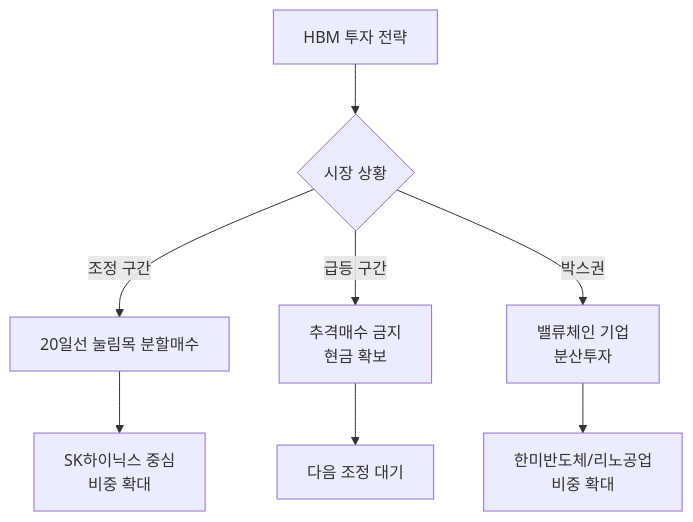
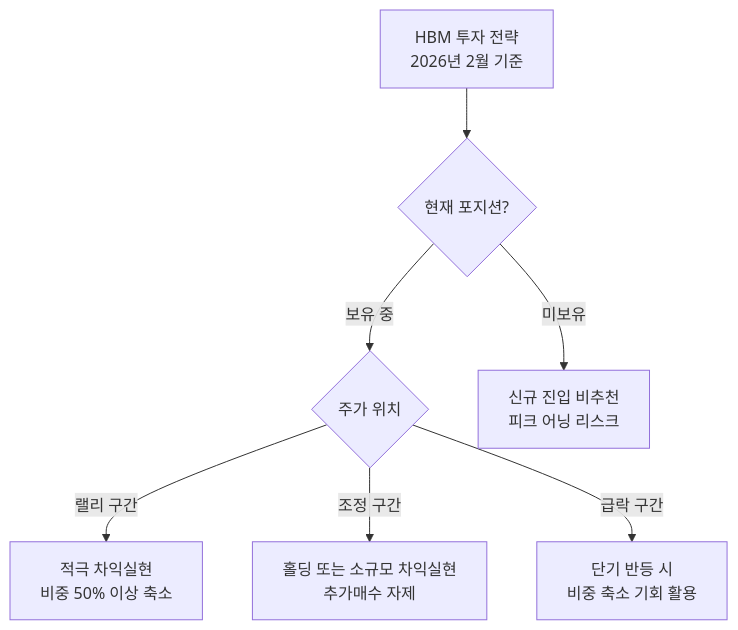
One commit to dss99911/dss99911.github.io changed the second of 2 diagrams in _posts/knowledge/invest/2026-01-21-hbm-sector-outlook-2026.md. Above: the diagram before and after it, drawn with Mermaid. The commit also changed other lines of this file and 16 other files, not shown here.

````diff
--- a/_posts/knowledge/invest/2026-01-21-hbm-sector-outlook-2026.md
+++ b/_posts/knowledge/invest/2026-01-21-hbm-sector-outlook-2026.md
@@ -219,11 +168,10 @@
 ```mermaid
 flowchart TD
-    A[HBM 투자 전략] --> B{시장 상황}
-    B -->|조정 구간| C[20일선 눌림목 분할매수]
-    B -->|급등 구간| D[추격매수 금지<br/>현금 확보]
-    B -->|박스권| E[밸류체인 기업<br/>분산투자]
+    A[HBM 투자 전략<br/>2026년 2월 기준] --> B{현재 포지션?}
+    B -->|보유 중| C{주가 위치}
+    B -->|미보유| D[신규 진입 비추천<br/>피크 어닝 리스크]
 
-    C --> F[SK하이닉스 중심<br/>비중 확대]
-    D --> G[다음 조정 대기]
-    E --> H[한미반도체/리노공업<br/>비중 확대]
+    C -->|랠리 구간| E[적극 차익실현<br/>비중 50% 이상 축소]
+    C -->|조정 구간| F[홀딩 또는 소규모 차익실현<br/>추가매수 자제]
+    C -->|급락 구간| G[단기 반등 시<br/>비중 축소 기회 활용]
 ```
````
